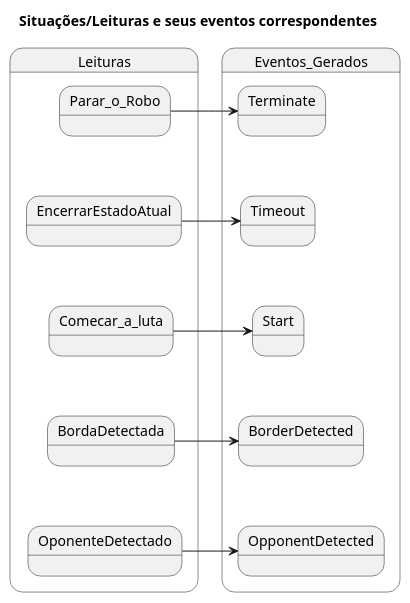
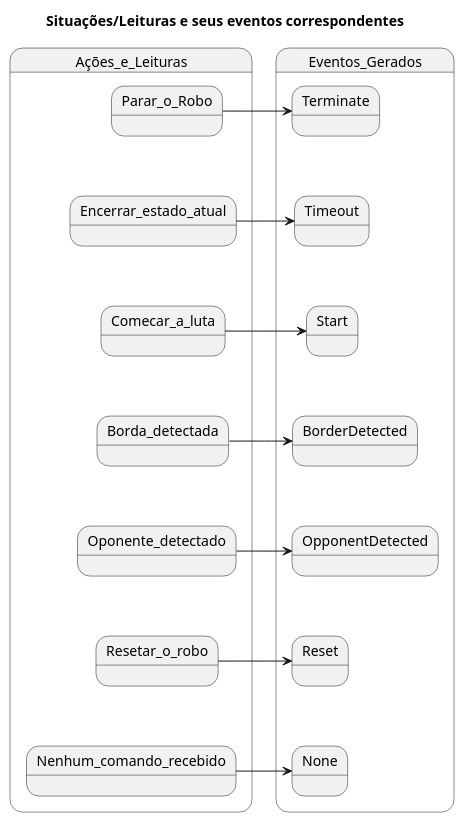
The diagram in Integrado/Diagramas de Estado/Diagrama de Eventos.wsd (viniciusfneves/state-machine-sumo-controller), drawn with PlantUML before and after one commit.

Commit message:
Updating events diagram

```diff
--- a/Integrado/Diagramas de Estado/Diagrama de Eventos.wsd
+++ b/Integrado/Diagramas de Estado/Diagrama de Eventos.wsd
@@ -1,29 +1,35 @@
 @startuml Events
 
 title Situações/Leituras e seus eventos correspondentes
 
 
-state Leituras{
-    Parar_o_Robo -[hidden]-> EncerrarEstadoAtual
-    EncerrarEstadoAtual -[hidden]-> Comecar_a_luta
-    Comecar_a_luta -[hidden]-> BordaDetectada
-    BordaDetectada -[hidden]-> OponenteDetectado
+state Ações_e_Leituras{
+    Parar_o_Robo -[hidden]-> Encerrar_estado_atual
+    Encerrar_estado_atual -[hidden]-> Comecar_a_luta
+    Comecar_a_luta -[hidden]-> Borda_detectada
+    Borda_detectada -[hidden]-> Oponente_detectado
+    Oponente_detectado -[hidden]-> Resetar_o_robo
+    Resetar_o_robo -[hidden]-> Nenhum_comando_recebido
 }
 state Eventos_Gerados{
     Terminate -[hidden]-> Timeout
     Timeout -[hidden]-> Start
     Start -[hidden]-> BorderDetected
     BorderDetected -[hidden]-> OpponentDetected
+    OpponentDetected -[hidden]-> Reset
+    Reset -[hidden]-> None
 }
 
 Parar_o_Robo -> Terminate
-EncerrarEstadoAtual -> Timeout
+Encerrar_estado_atual -> Timeout
 Comecar_a_luta -> Start
-BordaDetectada -> BorderDetected
-OponenteDetectado -> OpponentDetected
+Borda_detectada -> BorderDetected
+Oponente_detectado -> OpponentDetected
+Resetar_o_robo -> Reset
+Nenhum_comando_recebido -> None
 /'
 ' Descrições
 '/
 
 
 @enduml
```
